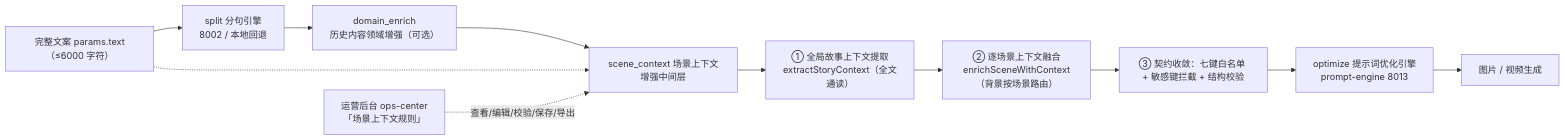
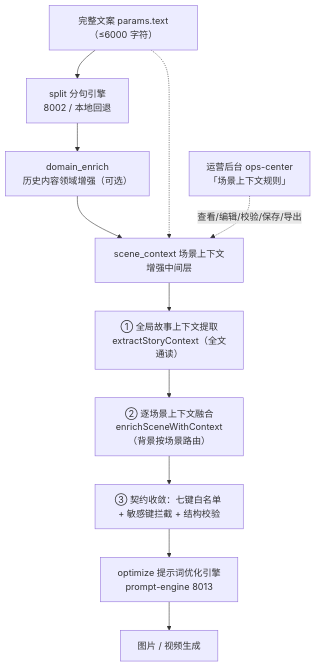
The diagram in 01-docs/PRD-STORY2VIDEO-SCENE-CONTEXT-2026-08-11.md (Colinchiu007/Multi-Publish), drawn with Mermaid before and after one commit. The commit also changed other lines of this file and 6 other files, not shown here.

First line of the commit message:
docs(story2video): 场景上下文中间层 — 渲染 Mermaid 架构图 PNG（TB 布局）+ openspec 补完整 JSON 契约样例

````diff
--- a/01-docs/PRD-STORY2VIDEO-SCENE-CONTEXT-2026-08-11.md
+++ b/01-docs/PRD-STORY2VIDEO-SCENE-CONTEXT-2026-08-11.md
@@ -220,13 +220,13 @@
 ```mermaid
-flowchart LR
+flowchart TB
     A["完整文案 params.text（≤6000 字符）"] --> B["split 分句引擎<br/>8002 / 本地回退"]
     B --> C["domain_enrich<br/>历史内容领域增强（可选）"]
     C --> D["scene_context 场景上下文增强中间层"]
     A -.-> D
     D --> D1["① 全局故事上下文提取<br/>extractStoryContext（全文通读）"]
     D1 --> D2["② 逐场景上下文融合<br/>enrichSceneWithContext（背景按场景路由）"]
     D2 --> D3["③ 契约收敛：七键白名单 + 敏感键拦截 + 结构校验"]
     D3 --> E["optimize 提示词优化引擎<br/>prompt-engine 8013"]
     E --> F["图片 / 视频生成"]
     G["运营后台 ops-center<br/>「场景上下文规则」"] -. 查看/编辑/校验/保存/导出 .-> D
 ```
````
